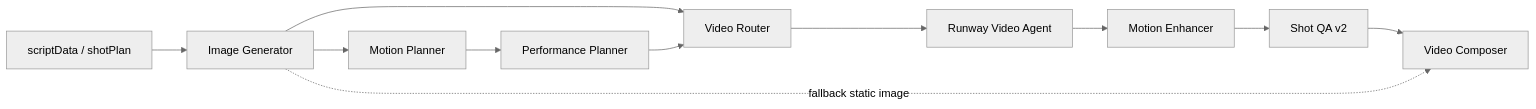
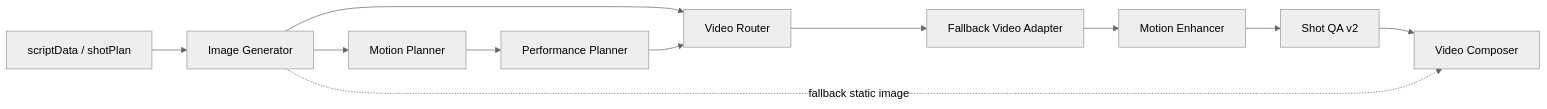
Before and after one commit to OliverPanda/AI-video-factory-pro: the diagram in docs/superpowers/specs/2026-04-04-dynamic-shortdrama-phase2-design.md, drawn with Mermaid (neutral theme). The commit also changed other lines of this file and 205 other files, not shown here.

````diff
--- a/docs/superpowers/specs/2026-04-04-dynamic-shortdrama-phase2-design.md
+++ b/docs/superpowers/specs/2026-04-04-dynamic-shortdrama-phase2-design.md
@@ -93,13 +93,13 @@
 ```mermaid
 flowchart LR
     A[scriptData / shotPlan] --> B[Image Generator]
     B --> C[Motion Planner]
     C --> D[Performance Planner]
     B --> E[Video Router]
     D --> E
-    E --> F[Runway Video Agent]
+    E --> F[Fallback Video Adapter]
     F --> G[Motion Enhancer]
     G --> H[Shot QA v2]
     H --> I[Video Composer]
     B -. fallback static image .-> I
 ```
````
